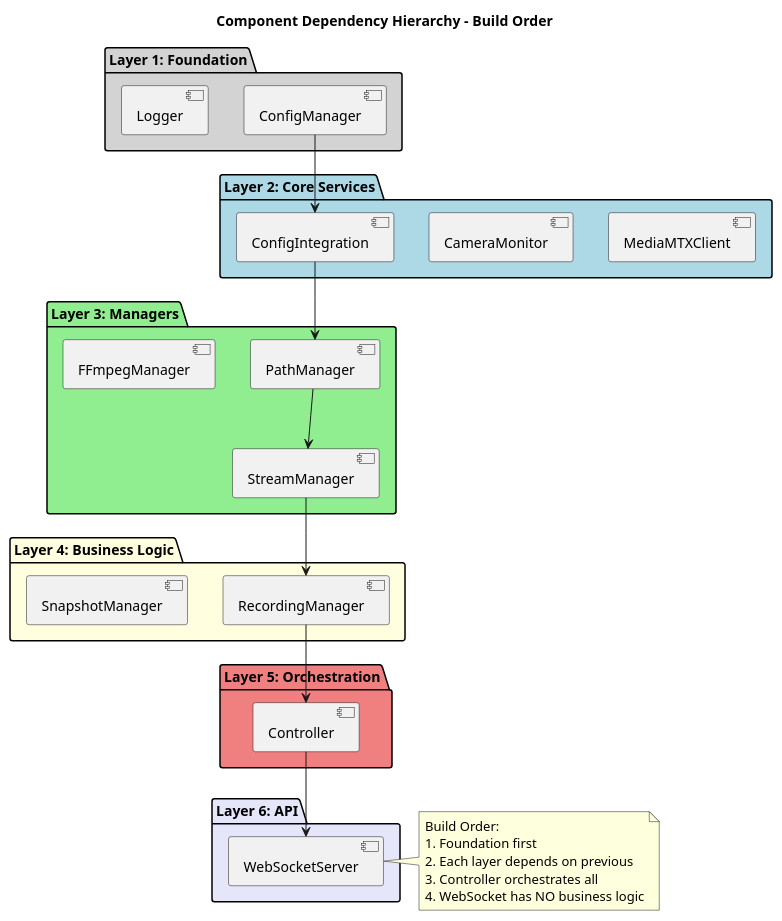
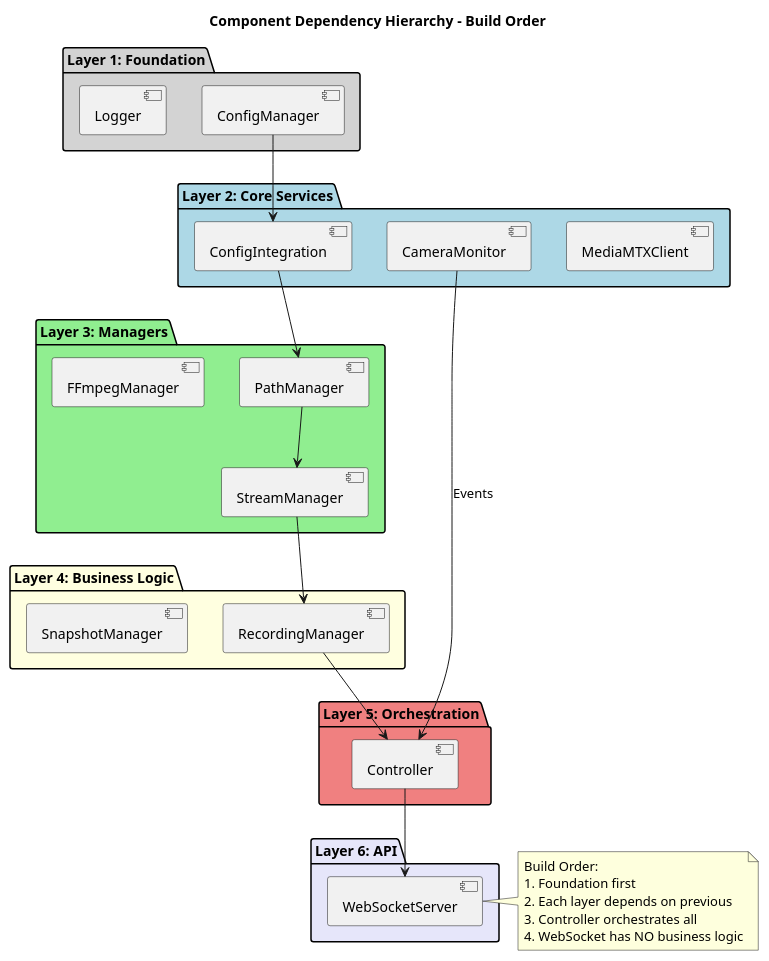
One commit to CarlosSprekelsen/CameraRecorder changed the ninth of 25 diagrams in mediamtx-camera-service-go/docs/architecture/go-architecture-guide.md. Above: the diagram before and after it, drawn with PlantUML. The commit also changed other lines of this file and 4 other files, not shown here.

````diff
--- a/mediamtx-camera-service-go/docs/architecture/go-architecture-guide.md
+++ b/mediamtx-camera-service-go/docs/architecture/go-architecture-guide.md
@@ -383,51 +417,52 @@
 ```plantuml
 @startuml DependencyHierarchy
 title Component Dependency Hierarchy - Build Order
 
 package "Layer 1: Foundation" #lightgray {
     [ConfigManager]
     [Logger]
 }
 
 package "Layer 2: Core Services" #lightblue {
     [MediaMTXClient]
     [CameraMonitor]
     [ConfigIntegration]
 }
 
 package "Layer 3: Managers" #lightgreen {
     [PathManager]
     [StreamManager]
     [FFmpegManager]
 }
 
 package "Layer 4: Business Logic" #lightyellow {
     [RecordingManager]
     [SnapshotManager]
 }
 
 package "Layer 5: Orchestration" #lightcoral {
     [Controller]
 }
 
 package "Layer 6: API" #lavender {
     [WebSocketServer]
 }
 
 [ConfigManager] --> [ConfigIntegration]
 [ConfigIntegration] --> [PathManager]
 [PathManager] --> [StreamManager]
 [StreamManager] --> [RecordingManager]
 [RecordingManager] --> [Controller]
+[CameraMonitor] --> [Controller] : Events
 [Controller] --> [WebSocketServer]
 
 note right
 Build Order:
 1. Foundation first
 2. Each layer depends on previous
 3. Controller orchestrates all
 4. WebSocket has NO business logic
 end note
 
 @enduml
 ```
````
